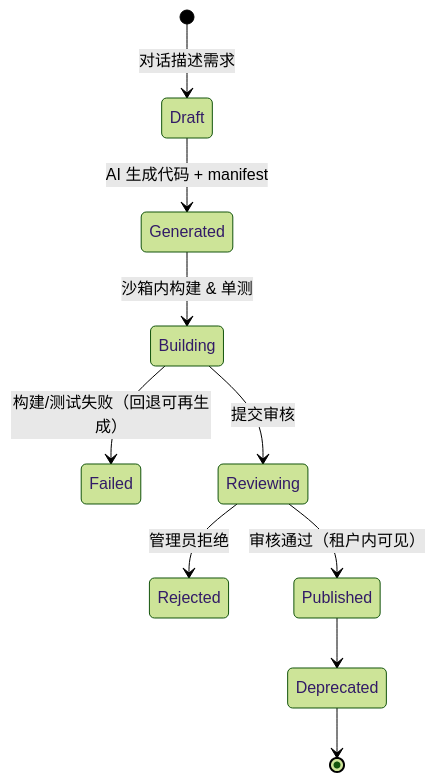
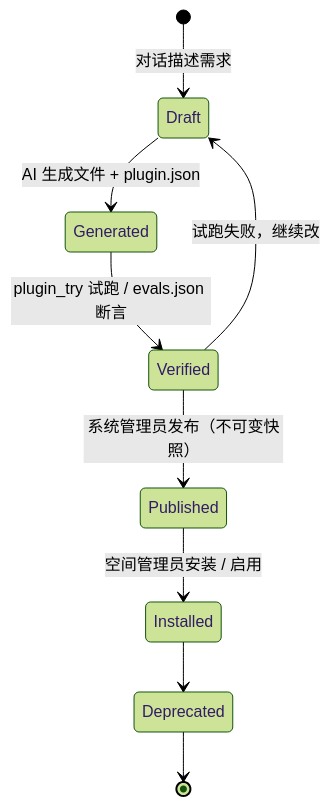
One commit to wenshin/workagent changed the sixth of 10 diagrams in docs/技术方案.md. Above: the diagram before and after it, drawn with Mermaid (forest theme). The commit also changed other lines of this file and 52 other files, not shown here.

````diff
--- a/docs/技术方案.md
+++ b/docs/技术方案.md
@@ -523,12 +507,11 @@
 ```mermaid
 stateDiagram-v2
     [*] --> Draft: 对话描述需求
-    Draft --> Generated: AI 生成代码 + manifest
-    Generated --> Building: 沙箱内构建 & 单测
-    Building --> Failed: 构建/测试失败（回退可再生成）
-    Building --> Reviewing: 提交审核
-    Reviewing --> Rejected: 管理员拒绝
-    Reviewing --> Published: 审核通过（租户内可见）
-    Published --> Deprecated
+    Draft --> Generated: AI 生成文件 + plugin.json
+    Generated --> Verified: plugin_try 试跑 / evals.json 断言
+    Verified --> Draft: 试跑失败，继续改
+    Verified --> Published: 系统管理员发布（不可变快照）
+    Published --> Installed: 空间管理员安装 / 启用
+    Installed --> Deprecated
     Deprecated --> [*]
 ```
````
